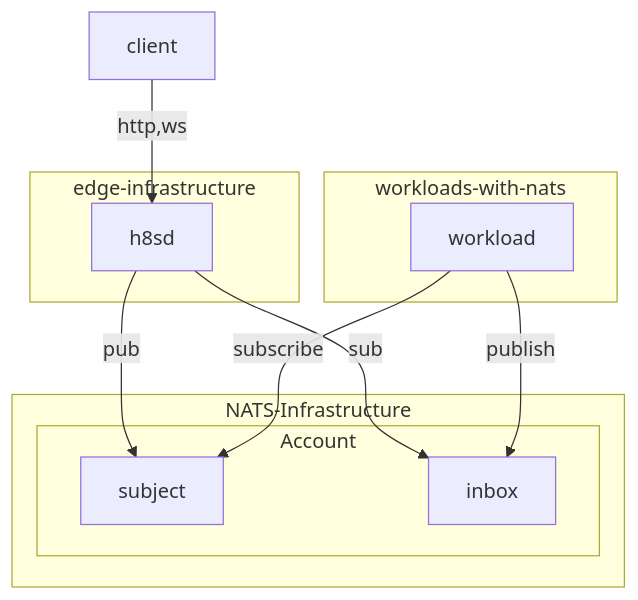
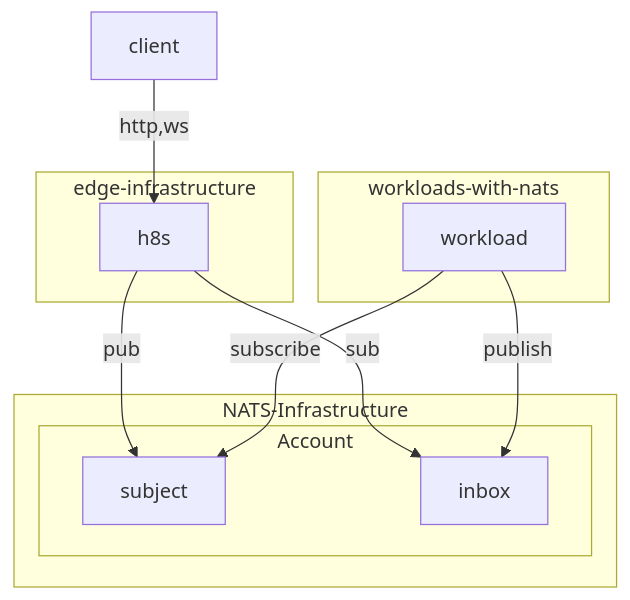
The second of 3 diagrams in README.md (Mattilsynet/h8s), drawn with Mermaid before and after one commit. The commit also changed other lines of this file and 1 other file, not shown here.

Commit message:
chore: updated mermaid diagrams

````diff
--- a/README.md
+++ b/README.md
@@ -51,25 +50,25 @@
 ```mermaid +render
 graph TB 
     client
 
     subgraph edge-infrastructure 
-        h8sd
+        h8s
     end
 
     subgraph NATS-Infrastructure
         subgraph Account
             subject
             inbox
         end
     end
 
     subgraph workloads-with-nats
         workload
     end
 
-    client --> |http,ws| h8sd
-    h8sd --> |pub| subject 
-    h8sd --> |sub| inbox
+    client --> |http,ws| h8s
+    h8s --> |pub| subject 
+    h8s --> |sub| inbox
     workload --> |subscribe| subject
     workload --> |publish| inbox
 ```
````
